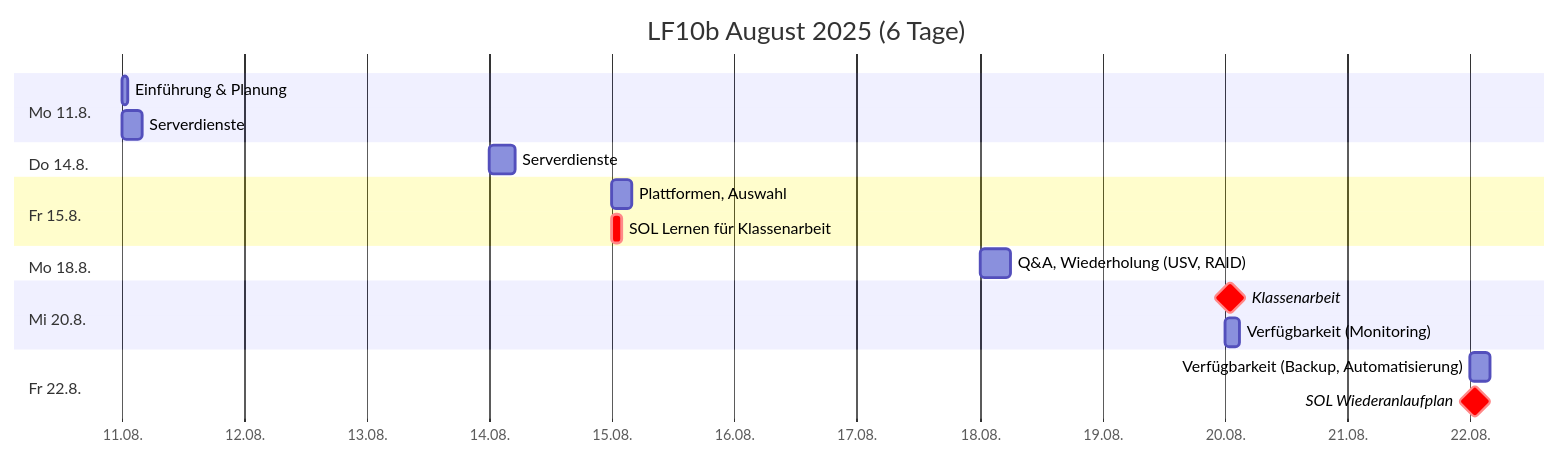
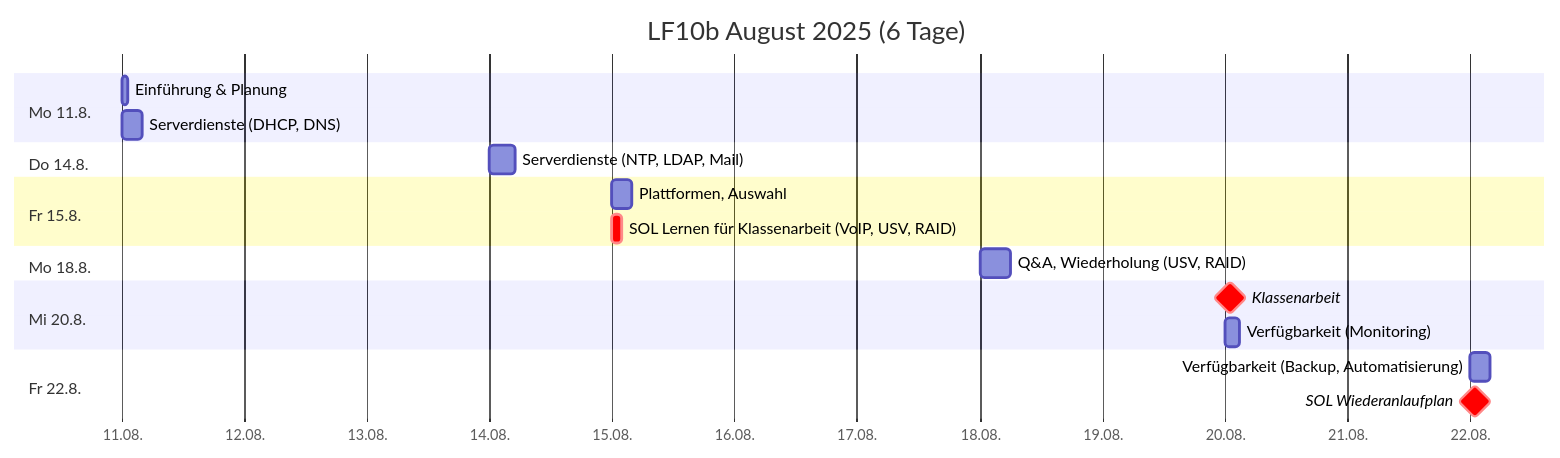
Before and after one commit to johannesloetzsch/LF10b: the first of 3 diagrams in src/plan.md, drawn with Mermaid. The commit also changed other lines of this file and 8 other files, not shown here.

Commit message:
dhcp + dns

````diff
--- a/src/plan.md
+++ b/src/plan.md
@@ -7,22 +7,22 @@
 ```mermaid
 gantt
  title LF10b August 2025 (6 Tage)
  dateFormat YYYY-MM-DD
  axisFormat %d.%m.
  section Mo 11.8.
   Einführung & Planung          :2025-08-11, 1h
-  Serverdienste                 :2025-08-11, 4h
+  Serverdienste (DHCP, DNS)     :2025-08-11, 4h
  section Do 14.8.
-  Serverdienste                 :2025-08-14, 5h
+  Serverdienste (NTP, LDAP, Mail) :2025-08-14, 5h
  section Fr 15.8.
   Plattformen, Auswahl          :2025-08-15, 4h
-  SOL Lernen für Klassenarbeit  :crit, 2025-08-15, 2h
+  SOL Lernen für Klassenarbeit (VoIP, USV, RAID)  :crit, 2025-08-15, 2h
  section Mo 18.8.
   Q&A, Wiederholung (USV, RAID) :2025-08-18, 6h
  section Mi 20.8.
   Klassenarbeit                 :crit, milestone, 2025-08-20, 2h
   Verfügbarkeit (Monitoring)    :2025-08-20, 3h
  section Fr 22.8.
   Verfügbarkeit (Backup, Automatisierung) :2025-08-22, 4h
   SOL Wiederanlaufplan          :crit, milestone, 2025-08-22, 2h
 ```
````
